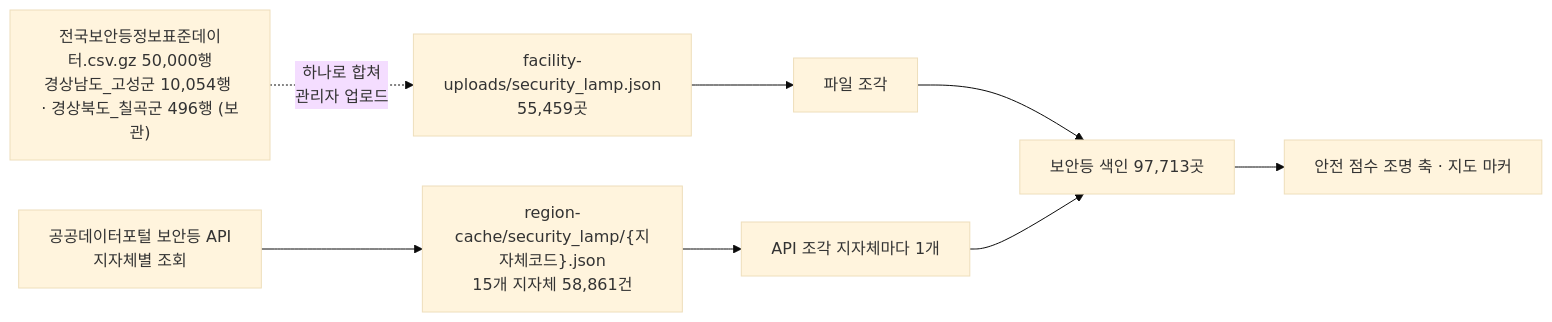
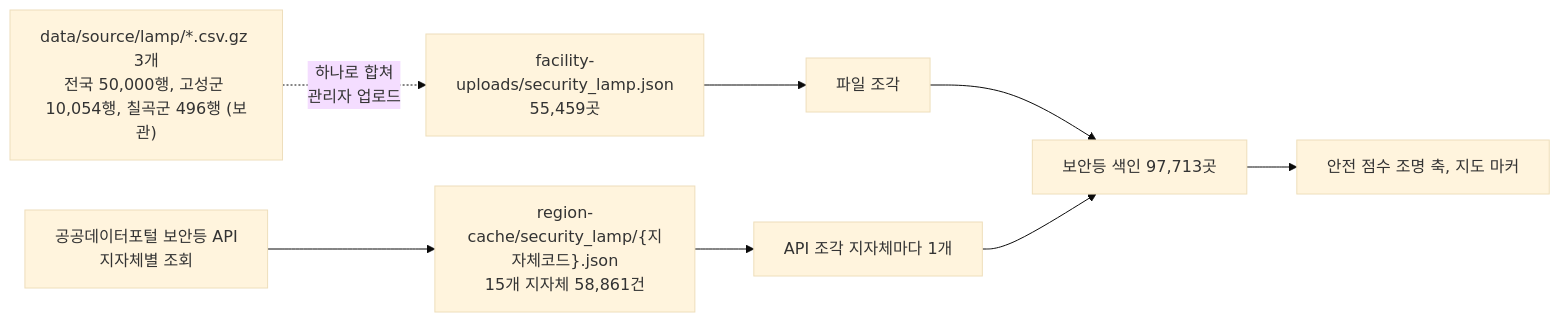
One commit to soo-ai-agent/bueongi-backend changed the diagram in docs/safety-spots/security-lamp.md. Above: the diagram before and after it, drawn with Mermaid (base theme). The commit also changed other lines of this file and 8 other files, not shown here.

````diff
--- a/docs/safety-spots/security-lamp.md
+++ b/docs/safety-spots/security-lamp.md
@@ -13,10 +14,10 @@
 ```mermaid
 flowchart LR
-    CSV1["전국보안등정보표준데이터.csv.gz 50,000행<br/>경상남도_고성군 10,054행 · 경상북도_칠곡군 496행 (보관)"] -.->|"하나로 합쳐<br/>관리자 업로드"| UPJ
+    CSV1["data/source/lamp/*.csv.gz 3개<br/>전국 50,000행, 고성군 10,054행, 칠곡군 496행 (보관)"] -.->|"하나로 합쳐<br/>관리자 업로드"| UPJ
     UPJ["facility-uploads/security_lamp.json<br/>55,459곳"] --> FILE["파일 조각"]
     API["공공데이터포털 보안등 API<br/>지자체별 조회"] --> RC["region-cache/security_lamp/{지자체코드}.json<br/>15개 지자체 58,861건"]
     RC --> REGION["API 조각 지자체마다 1개"]
     FILE --> IDX["보안등 색인 97,713곳"]
     REGION --> IDX
-    IDX --> USE["안전 점수 조명 축 · 지도 마커"]
+    IDX --> USE["안전 점수 조명 축, 지도 마커"]
 ```
````
